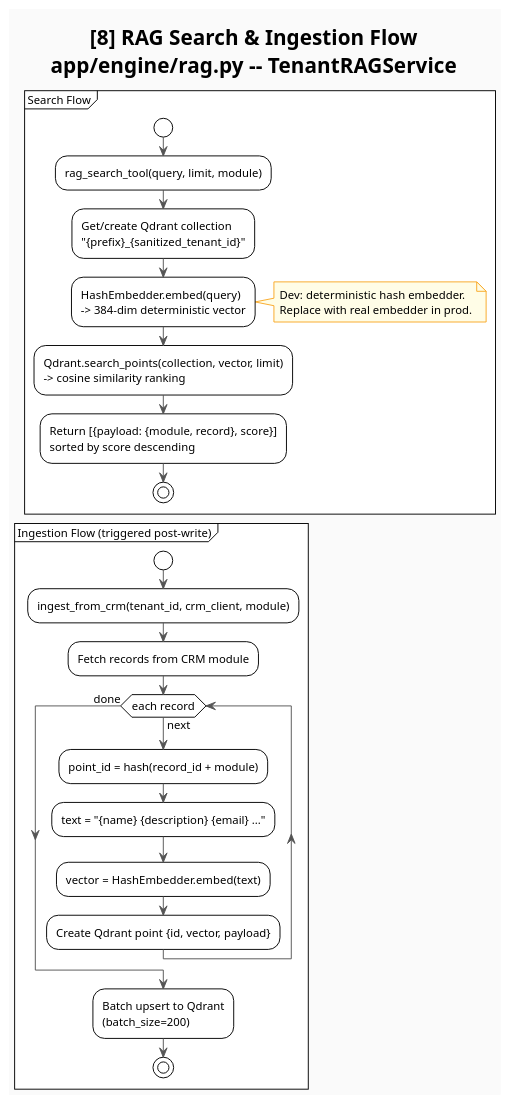
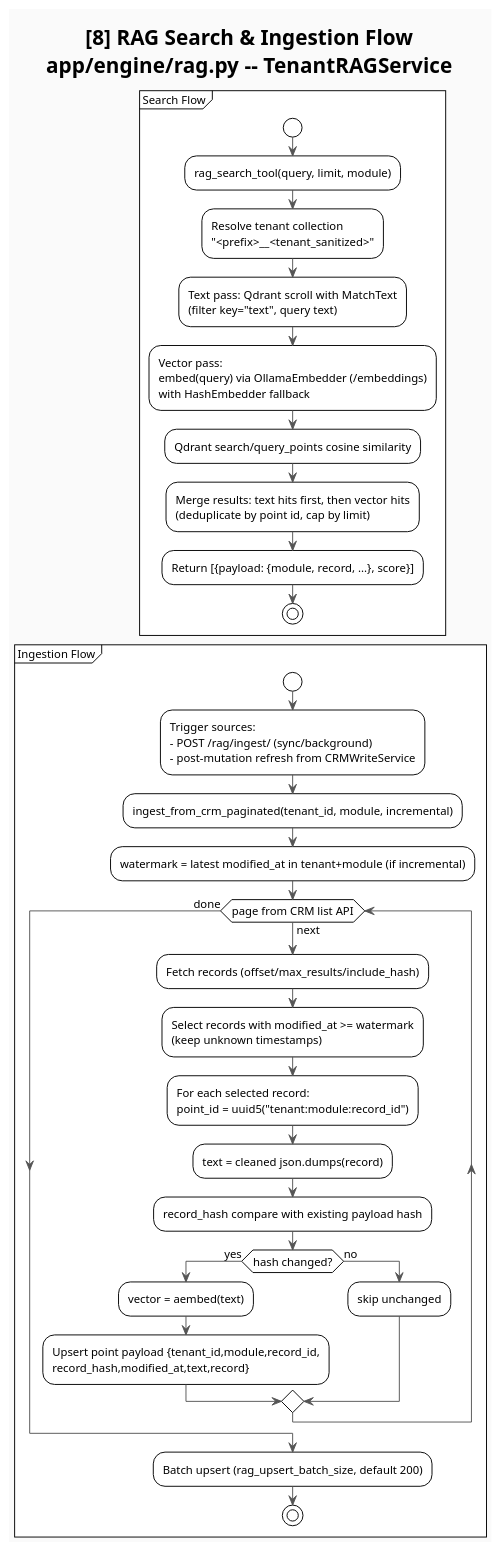
Before and after one commit to kovarjan/talk2crm: the eighth of 8 diagrams in docs/workflows.puml, drawn with PlantUML. The commit also changed other lines of this file and 49 other files, not shown here.

First line of the commit message:
[NEW] Add RAG search accuracy benchmark script and tests

```diff
--- a/docs/workflows.puml
+++ b/docs/workflows.puml
@@ -456,38 +430,47 @@
 @startuml diagram_8_rag
 !theme plain
 skinparam defaultFontSize 12
 skinparam ArrowColor #555
 skinparam BackgroundColor #FAFAFA
 skinparam NoteBackgroundColor #FFFDE7
 skinparam NoteBorderColor #F9A825
 
 title [8] RAG Search & Ingestion Flow\napp/engine/rag.py -- TenantRAGService
 
 partition "Search Flow" {
   start
   :rag_search_tool(query, limit, module);
-  :Get/create Qdrant collection\n"{prefix}_{sanitized_tenant_id}";
-  :HashEmbedder.embed(query)\n-> 384-dim deterministic vector;
-  note right
-    Dev: deterministic hash embedder.
-    Replace with real embedder in prod.
-  end note
-  :Qdrant.search_points(collection, vector, limit)\n-> cosine similarity ranking;
-  :Return [{payload: {module, record}, score}]\nsorted by score descending;
+  :Resolve tenant collection\n"<prefix>__<tenant_sanitized>";
+
+  :Text pass: Qdrant scroll with MatchText\n(filter key="text", query text);
+  :Vector pass:\nembed(query) via OllamaEmbedder (/embeddings)\nwith HashEmbedder fallback;
+  :Qdrant search/query_points cosine similarity;
+  :Merge results: text hits first, then vector hits\n(deduplicate by point id, cap by limit);
+  :Return [{payload: {module, record, ...}, score}];
   stop
 }
 
-partition "Ingestion Flow (triggered post-write)" {
+partition "Ingestion Flow" {
   start
-  :ingest_from_crm(tenant_id, crm_client, module);
-  :Fetch records from CRM module;
-  while (each record) is (next)
-    :point_id = hash(record_id + module);
-    :text = "{name} {description} {email} ...";
-    :vector = HashEmbedder.embed(text);
-    :Create Qdrant point {id, vector, payload};
+  :Trigger sources:\n- POST /rag/ingest/ (sync/background)\n- post-mutation refresh from CRMWriteService;
+  :ingest_from_crm_paginated(tenant_id, module, incremental);
+  :watermark = latest modified_at in tenant+module (if incremental);
+
+  while (page from CRM list API) is (next)
+    :Fetch records (offset/max_results/include_hash);
+    :Select records with modified_at >= watermark\n(keep unknown timestamps);
+    :For each selected record:\npoint_id = uuid5("tenant:module:record_id");
+    :text = cleaned json.dumps(record);
+    :record_hash compare with existing payload hash;
+    if (hash changed?) then (yes)
+      :vector = aembed(text);
+      :Upsert point payload {tenant_id,module,record_id,\nrecord_hash,modified_at,text,record};
+    else (no)
+      :skip unchanged;
+    endif
   endwhile (done)
-  :Batch upsert to Qdrant\n(batch_size=200);
+
+  :Batch upsert (rag_upsert_batch_size, default 200);
   stop
 }
 @enduml
```
